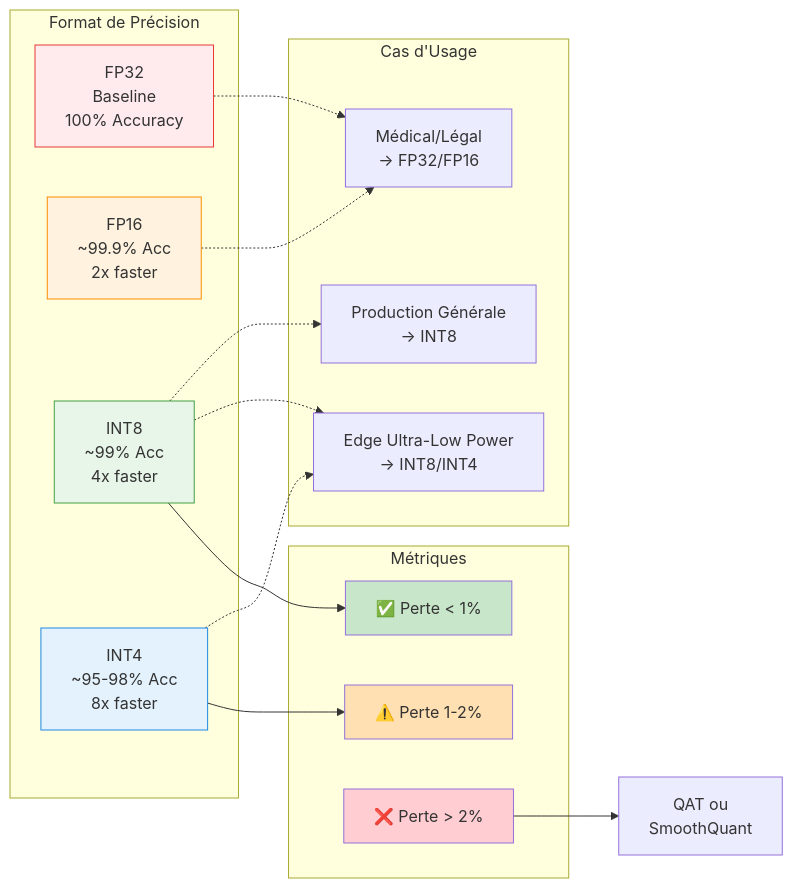
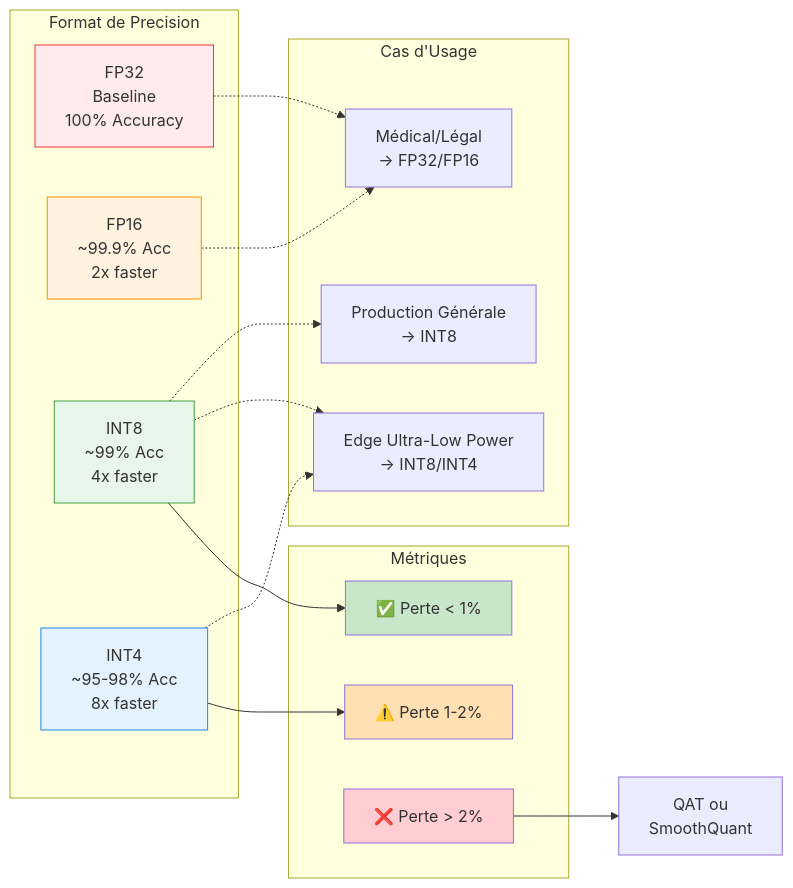
Before and after one commit to brunseba/ai-tech-watch: the diagram in docs/performance/quantization-8bit.md, drawn with Mermaid. The commit also changed other lines of this file and 24 other files, not shown here.

````diff
--- a/docs/performance/quantization-8bit.md
+++ b/docs/performance/quantization-8bit.md
@@ -8,39 +8,39 @@
 ```mermaid
 graph LR
-    subgraph Precision ["Format de Précision"]
+    subgraph Precision ["Format de Precision"]
         FP32[FP32<br/>Baseline<br/>100% Accuracy]
         FP16[FP16<br/>~99.9% Acc<br/>2x faster]
         INT8[INT8<br/>~99% Acc<br/>4x faster]
         INT4[INT4<br/>~95-98% Acc<br/>8x faster]
     end
     
     subgraph UseCase ["Cas d'Usage"]
         U1[Médical/Légal<br/>→ FP32/FP16]
         U2[Production Générale<br/>→ INT8]
         U3[Edge Ultra-Low Power<br/>→ INT8/INT4]
     end
     
     subgraph Metrics ["Métriques"]
         M1[✅ Perte < 1%]
         M2[⚠️ Perte 1-2%]
         M3[❌ Perte > 2%]
     end
     
     FP32 -.-> U1
     FP16 -.-> U1
     INT8 -.-> U2
     INT8 -.-> U3
     INT4 -.-> U3
     
     INT8 --> M1
     INT4 --> M2
     M3 --> Recovery[QAT ou<br/>SmoothQuant]
     
     style FP32 fill:#ffebee,stroke:#e53935
     style FP16 fill:#fff3e0,stroke:#fb8c00
     style INT8 fill:#e8f5e9,stroke:#43a047
     style INT4 fill:#e3f2fd,stroke:#1e88e5
     style M1 fill:#c8e6c9
     style M2 fill:#ffe0b2
     style M3 fill:#ffcdd2
 ```
````
